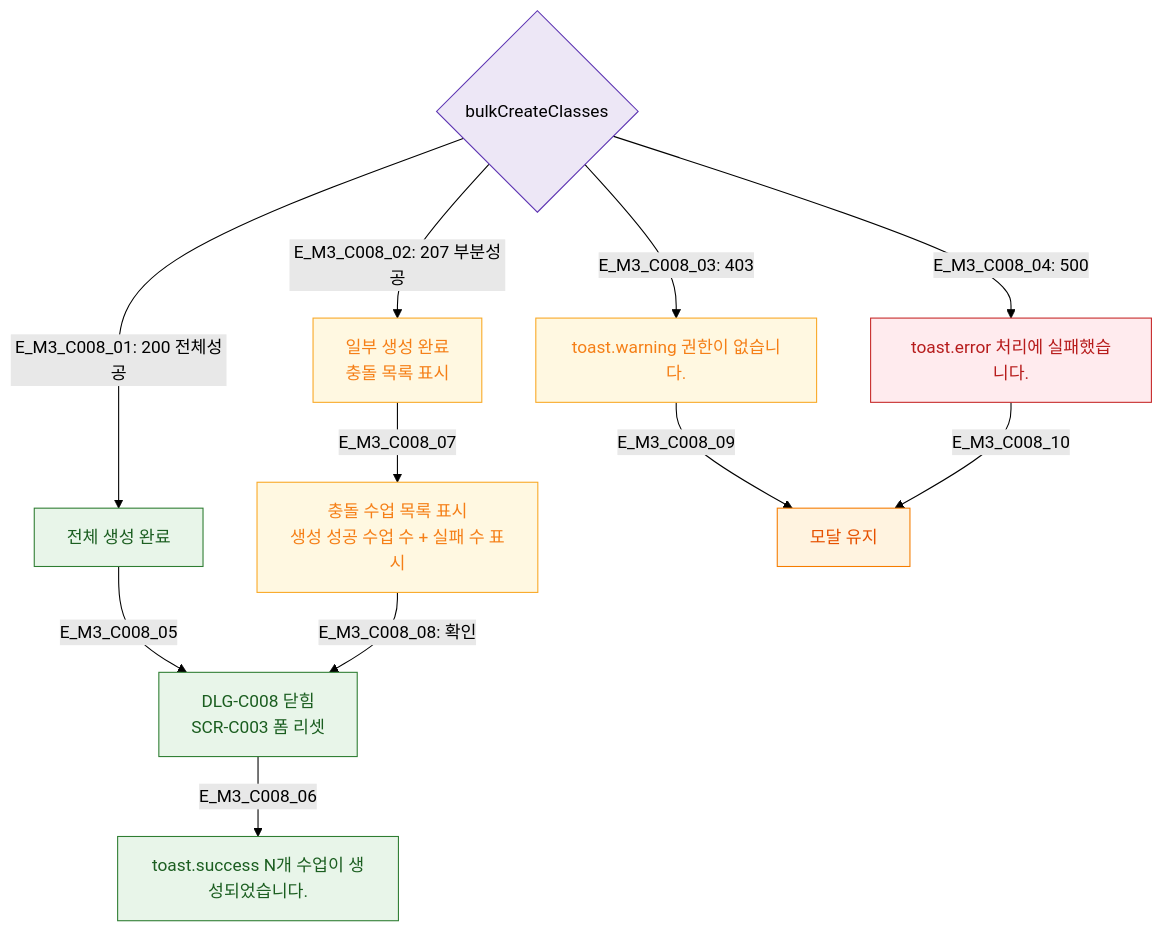
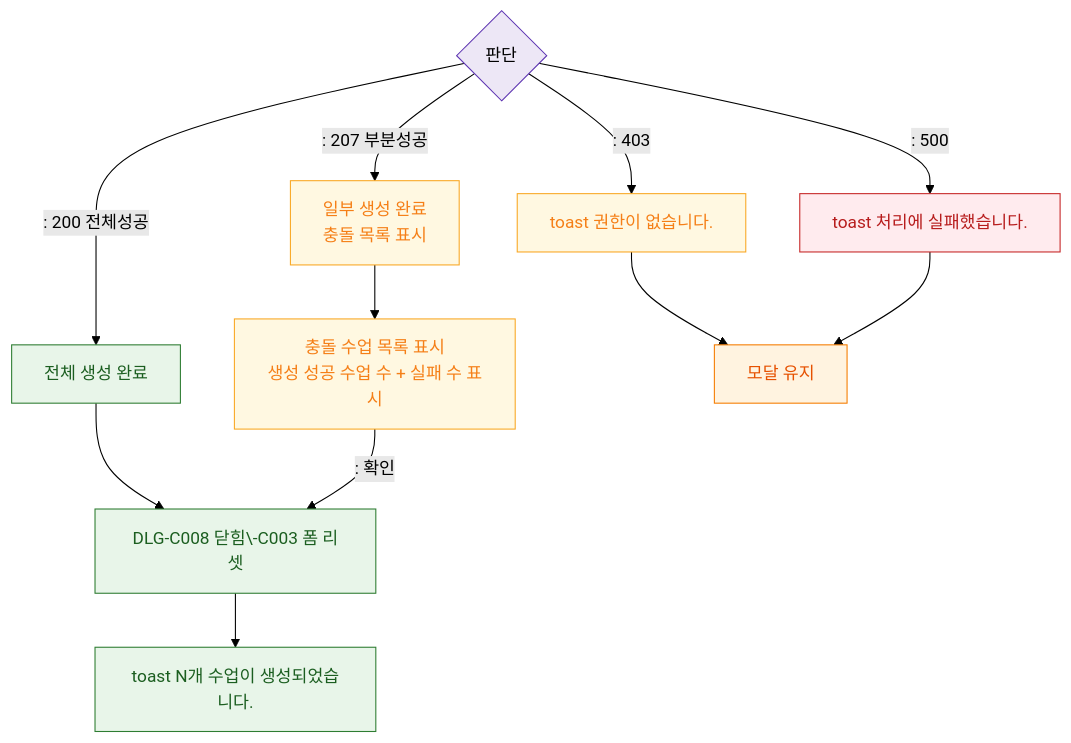
The diagram in docs/다이어그램/D04_수업관리/DLG/DLG-C008_일괄생성확인/M3_결과분기.md (dev-spogym/admin-pando), drawn with Mermaid (forest theme) before and after one commit. The commit also changed other lines of this file and 1660 other files, not shown here.

First line of the commit message:
다이어그램: 기획자/클라이언트 납품본으로 정리

````diff
--- a/docs/다이어그램/D04_수업관리/DLG/DLG-C008_일괄생성확인/M3_결과분기.md
+++ b/docs/다이어그램/D04_수업관리/DLG/DLG-C008_일괄생성확인/M3_결과분기.md
@@ -20,27 +18,27 @@
 ```mermaid
 flowchart TD
-  API{bulkCreateClasses} -->|"E_M3_C008_01: 200 전체성공"| FullSuccess[전체 생성 완료]
-  API -->|"E_M3_C008_02: 207 부분성공"| PartialSuccess[일부 생성 완료\n충돌 목록 표시]
-  API -->|"E_M3_C008_03: 403"| PermErr[toast.warning 권한이 없습니다.]
-  API -->|"E_M3_C008_04: 500"| SysErr[toast.error 처리에 실패했습니다.]
+  API{판단} -->|": 200 전체성공"|FullSuccess[전체 생성 완료]
+  API -->|": 207 부분성공"|PartialSuccess[일부 생성 완료\n충돌 목록 표시]
+  API -->|": 403"|PermErr[toast 권한이 없습니다.]
+  API -->|": 500"|SysErr[toast 처리에 실패했습니다.]
 
-  FullSuccess -->|E_M3_C008_05| CloseAll[DLG-C008 닫힘\nSCR-C003 폼 리셋]
-  CloseAll -->|E_M3_C008_06| Toast_S[toast.success N개 수업이 생성되었습니다.]
+  FullSuccess --> CloseAll[DLG-C008 닫힘\-C003 폼 리셋]
+  CloseAll --> Toast_S[toast N개 수업이 생성되었습니다.]
 
-  PartialSuccess -->|E_M3_C008_07| ShowConflict[충돌 수업 목록 표시\n생성 성공 수업 수 + 실패 수 표시]
-  ShowConflict -->|"E_M3_C008_08: 확인"| CloseAll
+  PartialSuccess --> ShowConflict[충돌 수업 목록 표시\n생성 성공 수업 수 + 실패 수 표시]
+  ShowConflict -->|": 확인"|CloseAll
 
-  PermErr -->|E_M3_C008_09| Stay[모달 유지]
-  SysErr -->|E_M3_C008_10| Stay
+  PermErr --> Stay[모달 유지]
+  SysErr --> Stay
 
   classDef system fill:#EDE7F6,stroke:#5E35B2
   classDef success fill:#E8F5E9,stroke:#2E7D32,color:#1B5E20
   classDef error fill:#FFEBEE,stroke:#C62828,color:#B71C1C
   classDef warning fill:#FFF8E1,stroke:#F9A825,color:#F57F17
   classDef modal fill:#FFF3E0,stroke:#F57C00,color:#E65100
   class API system
   class FullSuccess,CloseAll,Toast_S success
   class SysErr error
   class PartialSuccess,PermErr,ShowConflict warning
   class Stay modal
 ```
````
